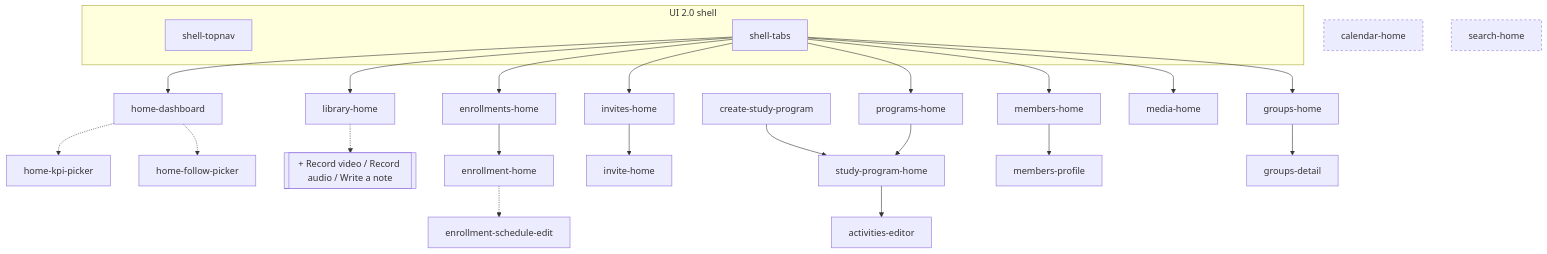
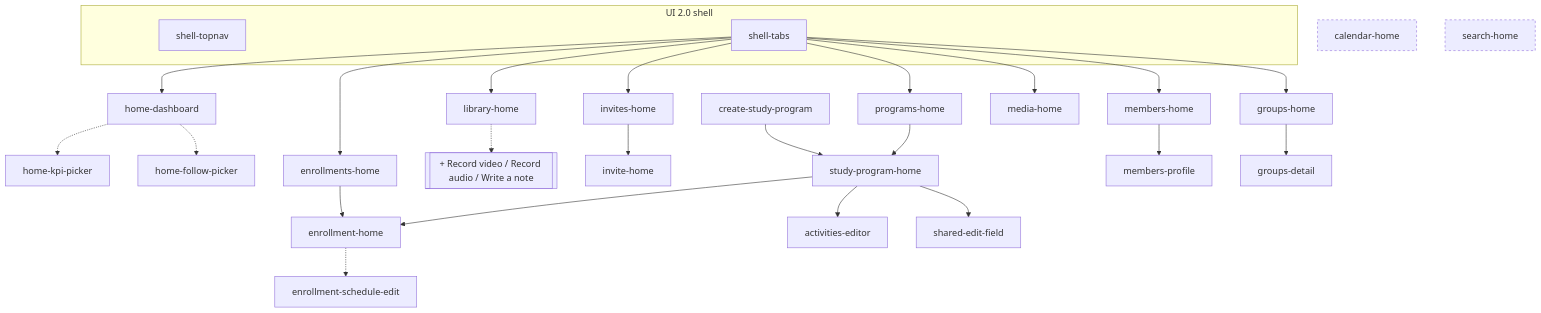
Before and after one commit to lukekeith/makeready: the first of 2 diagrams in docs/ui2/screen-map.md, drawn with Mermaid. The commit also changed other lines of this file and 264 other files, not shown here.

````diff
--- a/docs/ui2/screen-map.md
+++ b/docs/ui2/screen-map.md
@@ -13,29 +13,31 @@
 ```mermaid
 flowchart TD
     subgraph shell [UI 2.0 shell]
         topnav[shell-topnav]
         tabs[shell-tabs]
     end
     tabs --> home[home-dashboard]
     home -.-> kpiPicker[home-kpi-picker]
     home -.-> followPicker[home-follow-picker]
     tabs --> groups[groups-home]
     tabs --> library[library-home]
     tabs --> members[members-home]
     tabs --> enrollments[enrollments-home]
     tabs --> invites[invites-home]
     tabs --> programsHome[programs-home]
     tabs --> media[media-home]
     library -.-> capture[["+ Record video / Record audio / Write a note"]]
     calendar[calendar-home]:::orphan
     search[search-home]:::orphan
     enrollments --> enrollment[enrollment-home]
     enrollment -.-> schedEdit[enrollment-schedule-edit]
     invites --> invite[invite-home]
     create[create-study-program] --> program
     members --> memberProfile[members-profile]
     groups --> groupsDetail[groups-detail]
     programsHome --> program[study-program-home]
     classDef orphan stroke-dasharray: 4 4
     program --> editor[activities-editor]
+    program --> enrollment
+    program --> editField[shared-edit-field]
 ```
````
